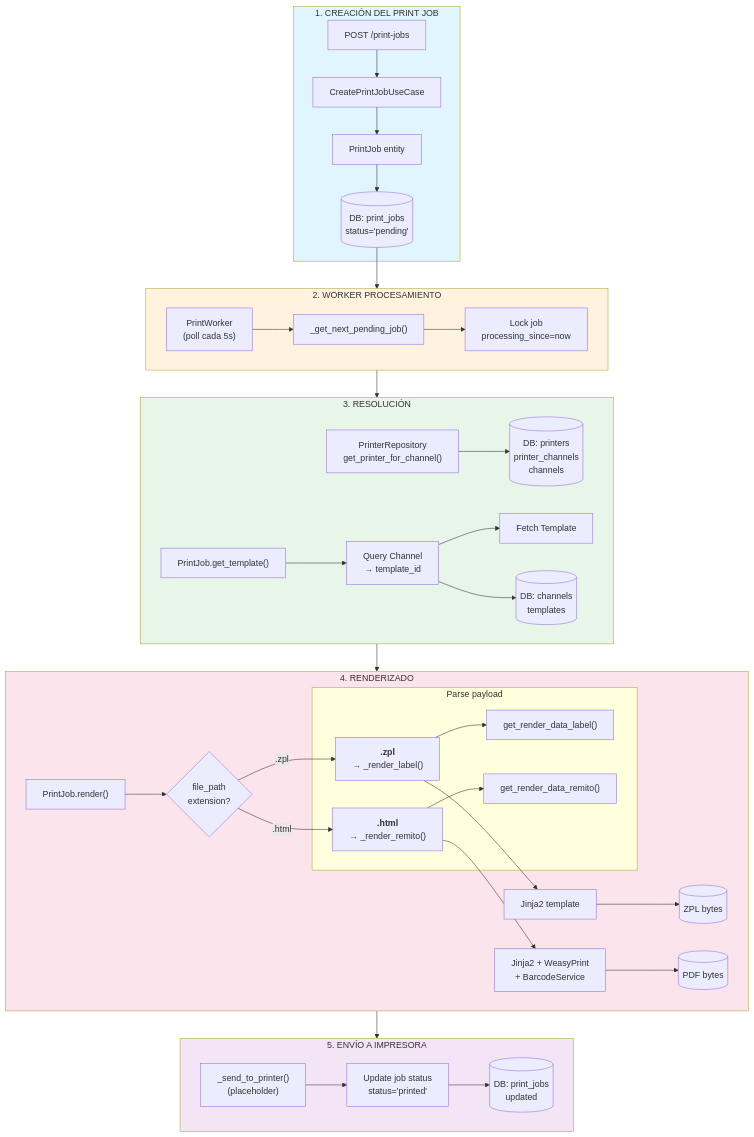
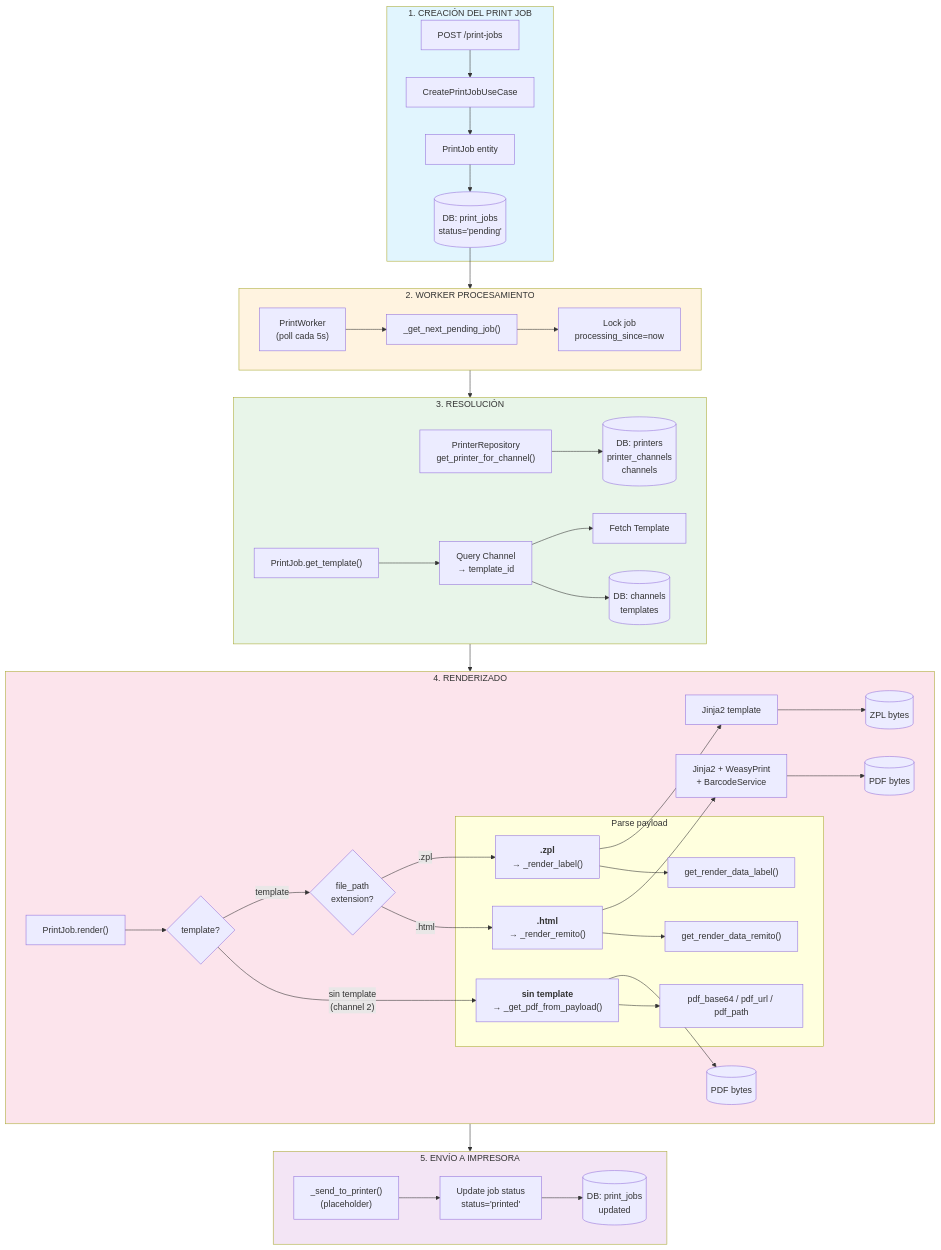
One commit to Distrisuper/rine changed the diagram in docs/FLOW.md. Above: the diagram before and after it, drawn with Mermaid. The commit also changed other lines of this file and 7 other files, not shown here.

First line of the commit message:
feat: Channel 2 - PDF pre-generados sin template

````diff
--- a/docs/FLOW.md
+++ b/docs/FLOW.md
@@ -5,63 +5,69 @@
 ```mermaid
 flowchart TB
     subgraph CREATION["1. CREACIÓN DEL PRINT JOB"]
         A1["POST /print-jobs"]
         A2["CreatePrintJobUseCase"]
         A3["PrintJob entity"]
         A1 --> A2 --> A3
         A3 --> DB1[("DB: print_jobs<br/>status='pending'")]
     end
 
     subgraph WORKER["2. WORKER PROCESAMIENTO"]
         W1["PrintWorker<br/>(poll cada 5s)"]
         W2["_get_next_pending_job()"]
         W3["Lock job<br/>processing_since=now"]
         W1 --> W2 --> W3
     end
 
     subgraph RESOLUTION["3. RESOLUCIÓN"]
         R1["PrinterRepository<br/>get_printer_for_channel()"]
         R2["PrintJob.get_template()"]
         R3["Query Channel<br/>→ template_id"]
         R4["Fetch Template"]
         R1 --> DB2[("DB: printers<br/>printer_channels<br/>channels")]
         R2 --> R3 --> R4
         R3 --> DB3[("DB: channels<br/>templates")]
     end
 
     subgraph RENDER["4. RENDERIZADO"]
         RH1["PrintJob.render()"]
-        RH2{file_path<br/>extension?}
+        RH2{template?}
+        RH2A{file_path<br/>extension?}
         RH3["<b>.zpl</b><br/>→ _render_label()"]
         RH4["<b>.html</b><br/>→ _render_remito()"]
-        RH5["Jinja2 template"]
-        RH6["Jinja2 + WeasyPrint<br/>+ BarcodeService"]
+        RH5["<b>sin template</b><br/>→ _get_pdf_from_payload()"]
+        RH6["Jinja2 template"]
+        RH7["Jinja2 + WeasyPrint<br/>+ BarcodeService"]
         RH1 --> RH2
-        RH2 -->|".zpl"| RH3 --> RH5 --> ZPL[("ZPL bytes")]
-        RH2 -->|".html"| RH4 --> RH6 --> PDF[("PDF bytes")]
+        RH2 -->|"template"| RH2A
+        RH2 -->|"sin template<br/>(channel 2)"| RH5 --> PDF2[("PDF bytes")]
+        RH2A -->|".zpl"| RH3 --> RH6 --> ZPL[("ZPL bytes")]
+        RH2A -->|".html"| RH4 --> RH7 --> PDF[("PDF bytes")]
         
         subgraph DATA["Parse payload"]
             D1["get_render_data_label()"]
             D2["get_render_data_remito()"]
+            D3["pdf_base64 / pdf_url / pdf_path"]
             RH3 --> D1
             RH4 --> D2
+            RH5 --> D3
         end
     end
 
     subgraph SEND["5. ENVÍO A IMPRESORA"]
         S1["_send_to_printer()<br/>(placeholder)"]
         S2["Update job status<br/>status='printed'"]
         S1 --> S2 --> DB4[("DB: print_jobs<br/>updated")]
     end
 
     DB1 --> WORKER
     WORKER --> RESOLUTION
     RESOLUTION --> RENDER
     RENDER --> SEND
     
     style CREATION fill:#e1f5fe
     style WORKER fill:#fff3e0
     style RESOLUTION fill:#e8f5e9
     style RENDER fill:#fce4ec
     style SEND fill:#f3e5f5
 ```
````
